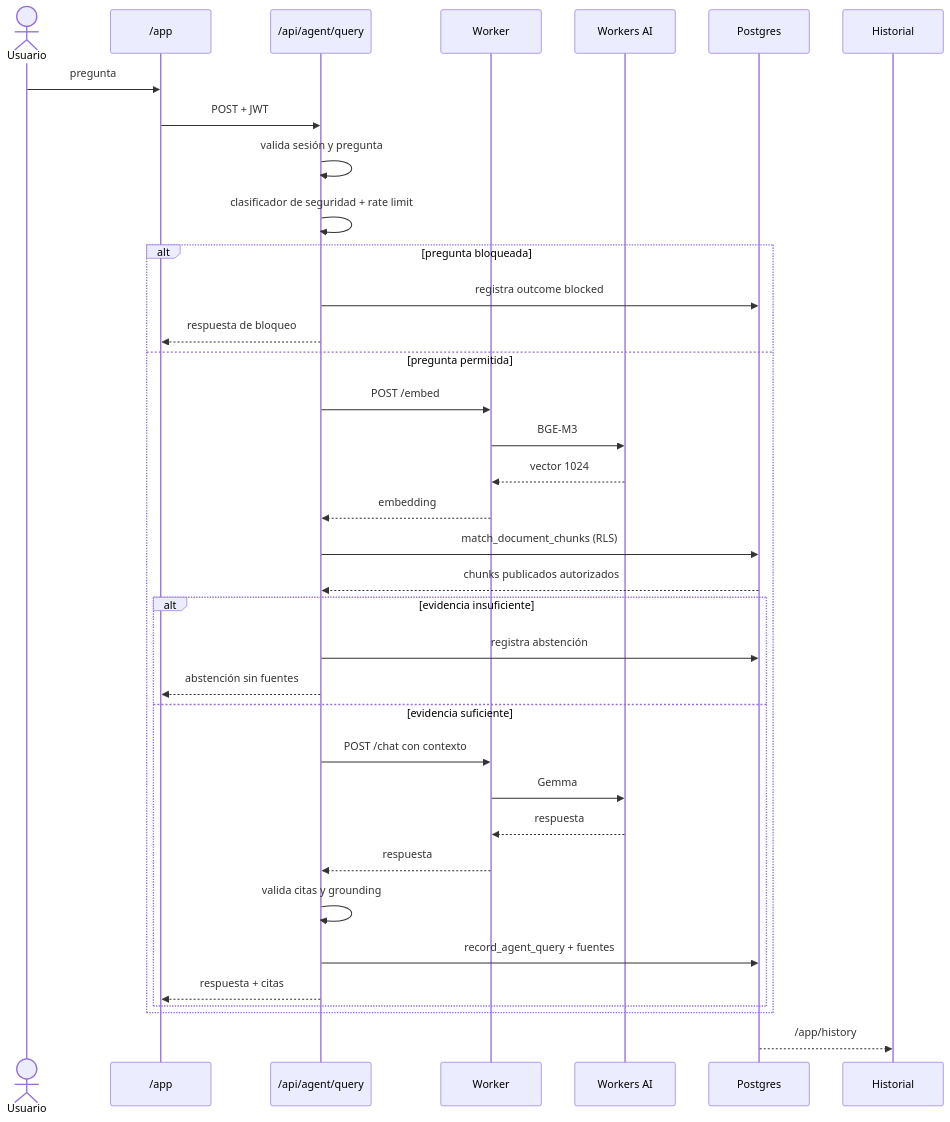
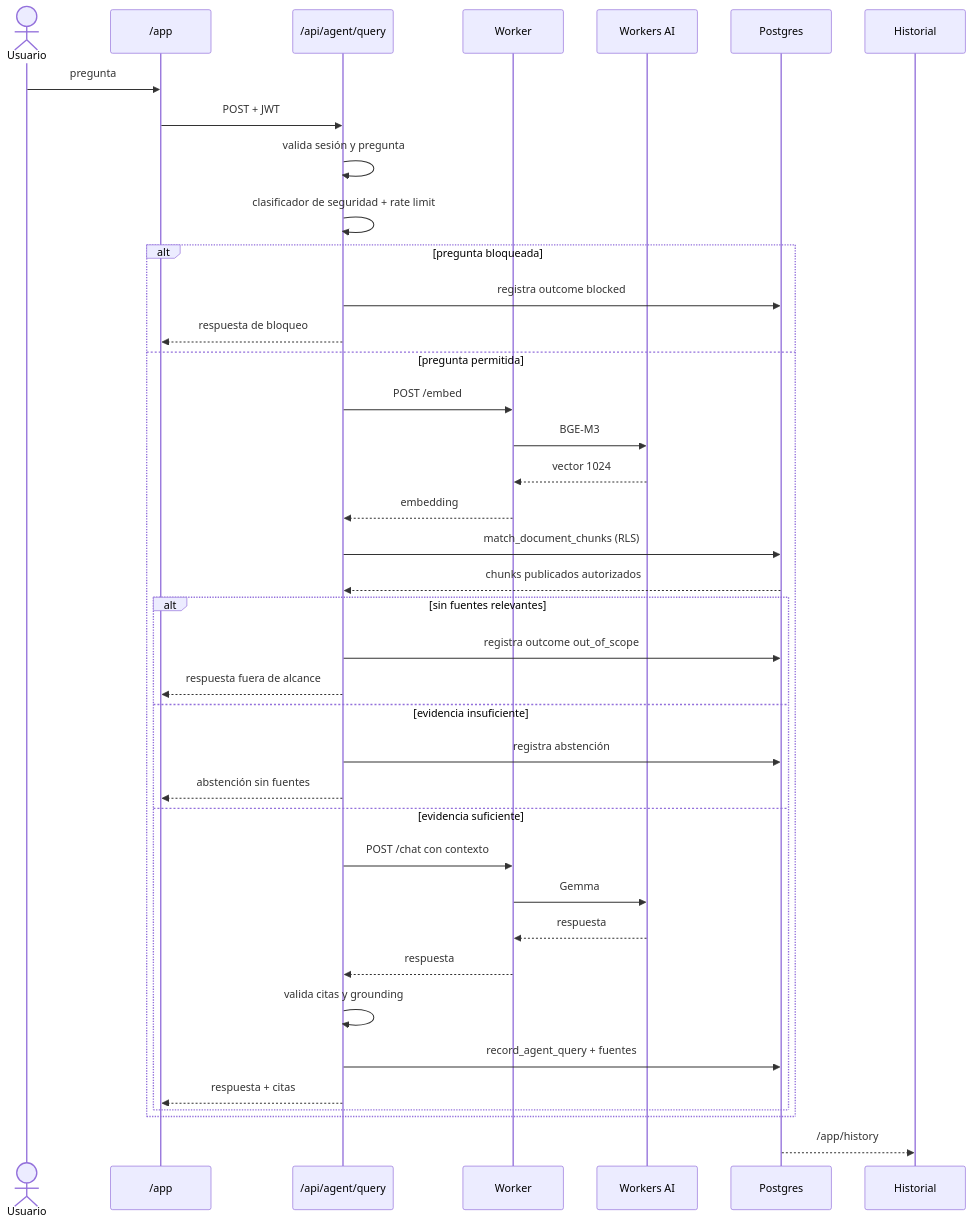
One commit to Nicode369/KPO-AGENT-IA changed the fifth of 6 diagrams in docs/ARCHITECTURE.md. Above: the diagram before and after it, drawn with Mermaid. The commit also changed other lines of this file and 48 other files, not shown here.

Commit message:
feat: add audit trail, out-of-scope outcome, and Bogota dates

````diff
--- a/docs/ARCHITECTURE.md
+++ b/docs/ARCHITECTURE.md
@@ -195,39 +195,42 @@
 ```mermaid
 sequenceDiagram
   actor U as Usuario
   participant UI as /app
   participant API as /api/agent/query
   participant W as Worker
   participant AI as Workers AI
   participant DB as Postgres
   participant H as Historial
 
   U->>UI: pregunta
   UI->>API: POST + JWT
   API->>API: valida sesión y pregunta
   API->>API: clasificador de seguridad + rate limit
   alt pregunta bloqueada
     API->>DB: registra outcome blocked
     API-->>UI: respuesta de bloqueo
   else pregunta permitida
     API->>W: POST /embed
     W->>AI: BGE-M3
     AI-->>W: vector 1024
     W-->>API: embedding
     API->>DB: match_document_chunks (RLS)
     DB-->>API: chunks publicados autorizados
-    alt evidencia insuficiente
+    alt sin fuentes relevantes
+      API->>DB: registra outcome out_of_scope
+      API-->>UI: respuesta fuera de alcance
+    else evidencia insuficiente
       API->>DB: registra abstención
       API-->>UI: abstención sin fuentes
     else evidencia suficiente
       API->>W: POST /chat con contexto
       W->>AI: Gemma
       AI-->>W: respuesta
       W-->>API: respuesta
       API->>API: valida citas y grounding
       API->>DB: record_agent_query + fuentes
       API-->>UI: respuesta + citas
     end
   end
   DB-->>H: /app/history
 ```
````
